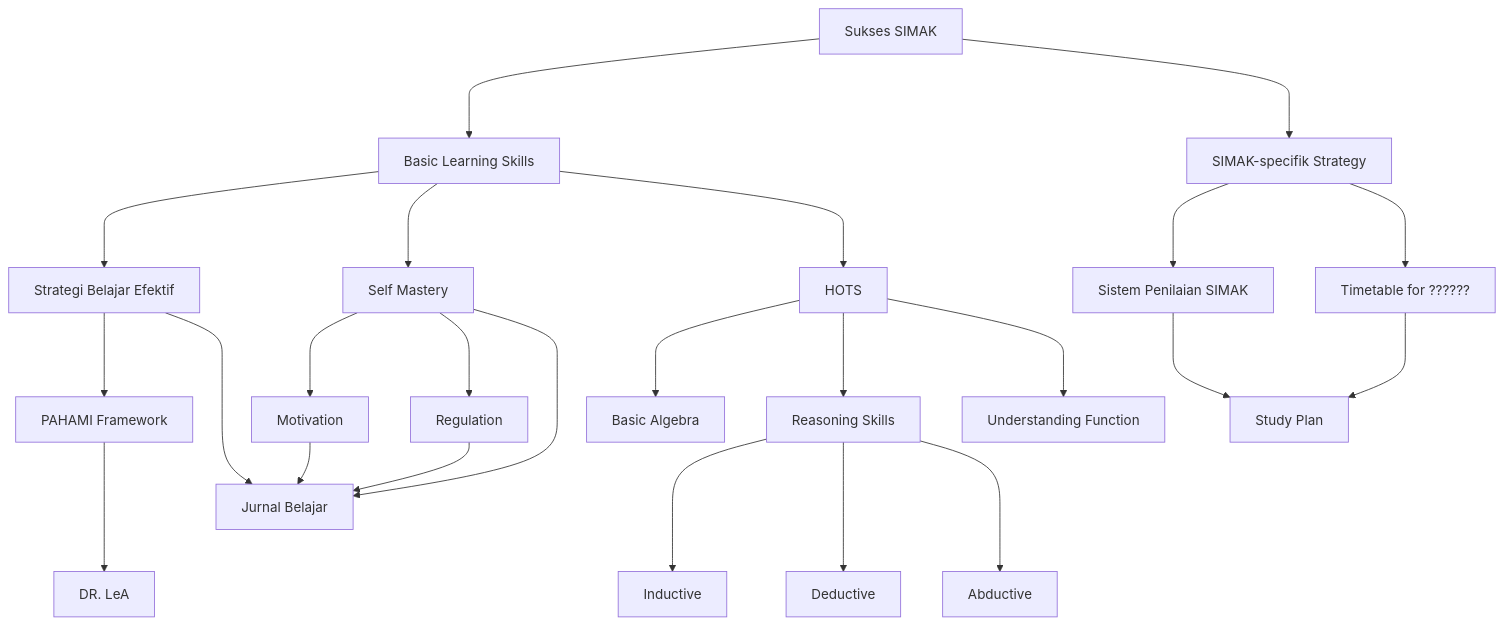
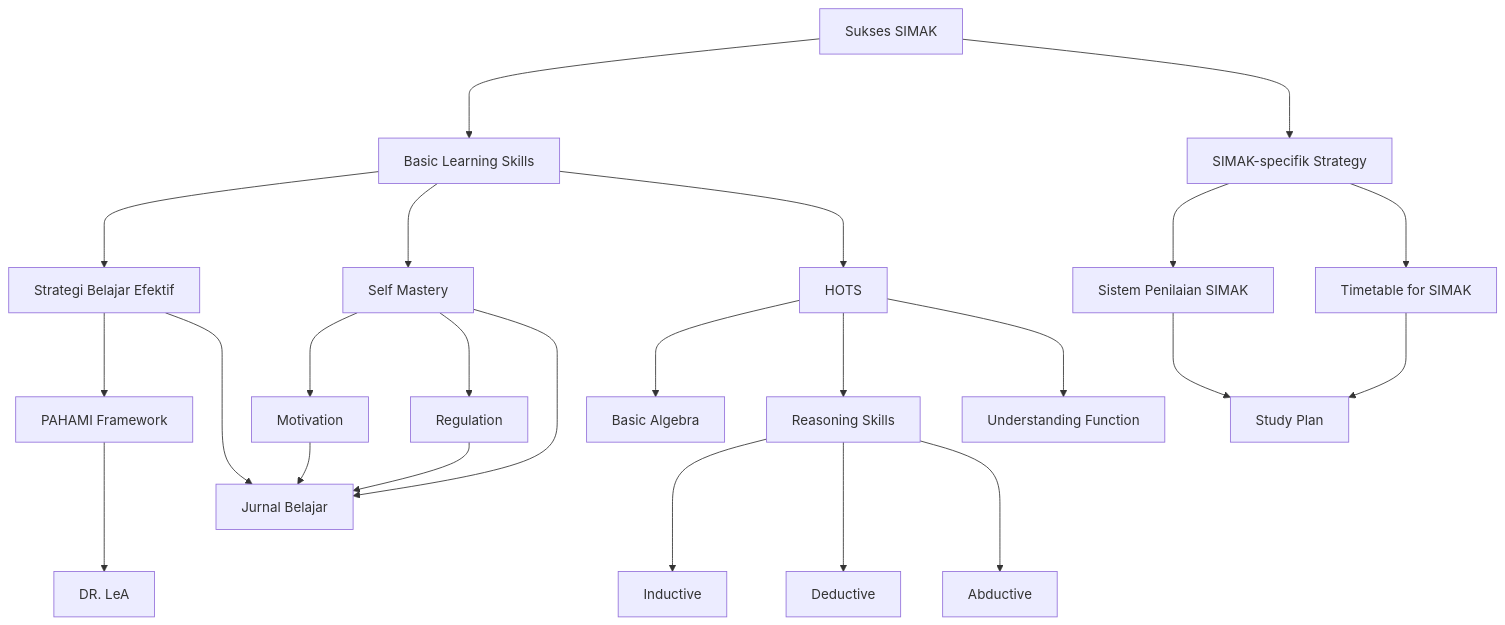
One commit to damywise/damywise.github.io changed the first of 2 diagrams in UM/Pahamify SIMAK UI/Belajar Cara Belajar.md. Above: the diagram before and after it, drawn with Mermaid. The commit also changed other lines of this file and 126 other files, not shown here.

````diff
--- a/UM/Pahamify SIMAK UI/Belajar Cara Belajar.md
+++ b/UM/Pahamify SIMAK UI/Belajar Cara Belajar.md
@@ -1,12 +3,12 @@
-::: mermaid
+```mermaid
 graph TD;
     0[Sukses SIMAK]--->1[Basic Learning Skills] & 2[SIMAK-specifik Strategy]
-    1[Basic Learning Skills]--->11[Strategi Belajar Efektif] & 12[Self Mastery] & 13[HOTS]
-    11[Strategi Belajar Efektif]--->111[PAHAMI Framework]--->1111[DR. LeA]
-    12[Self Mastery]--->121[Motivation] & 122[Regulation];
-    11[Strategi Belajar Efektif] & 12[Self Mastery] & 121[Motivation] & 122[Regulation]-->12142[Jurnal Belajar]; 
-    13[HOTS]--->131[Basic Algebra] & 132[Reasoning Skills] & 133[Understanding Function]
-    132[Reasoning Skills]--->Inductive & Deductive & Abductive 
+    1--->11[Strategi Belajar Efektif] & 12[Self Mastery] & 13[HOTS]
+    11--->111[PAHAMI Framework]--->1111[DR. LeA]
+    12--->121[Motivation] & 122[Regulation];
+    11 & 12 & 121[Motivation] & 122[Regulation]-->12142[Jurnal Belajar]; 
+    13--->131[Basic Algebra] & 132[Reasoning Skills] & 133[Understanding Function]
+    132--->Inductive & Deductive & Abductive 
 
-    2[SIMAK-specifik Strategy]--->21[Sistem Penilaian SIMAK] & 22[Timetable for ??????]--->211[Study Plan]
-::: 
+    2--->21[Sistem Penilaian SIMAK] & 22[Timetable for SIMAK]--->211[Study Plan]
+``` 
````
